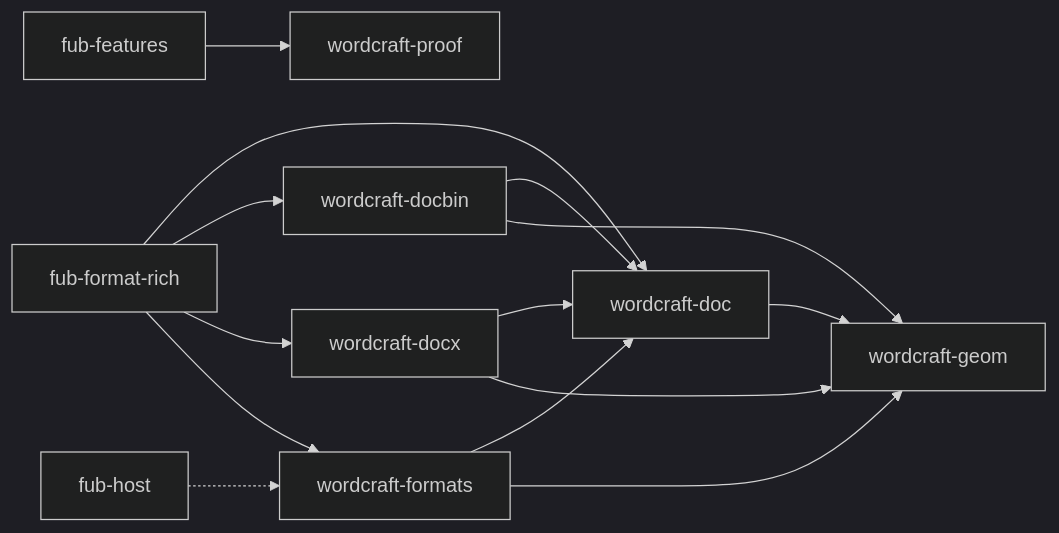
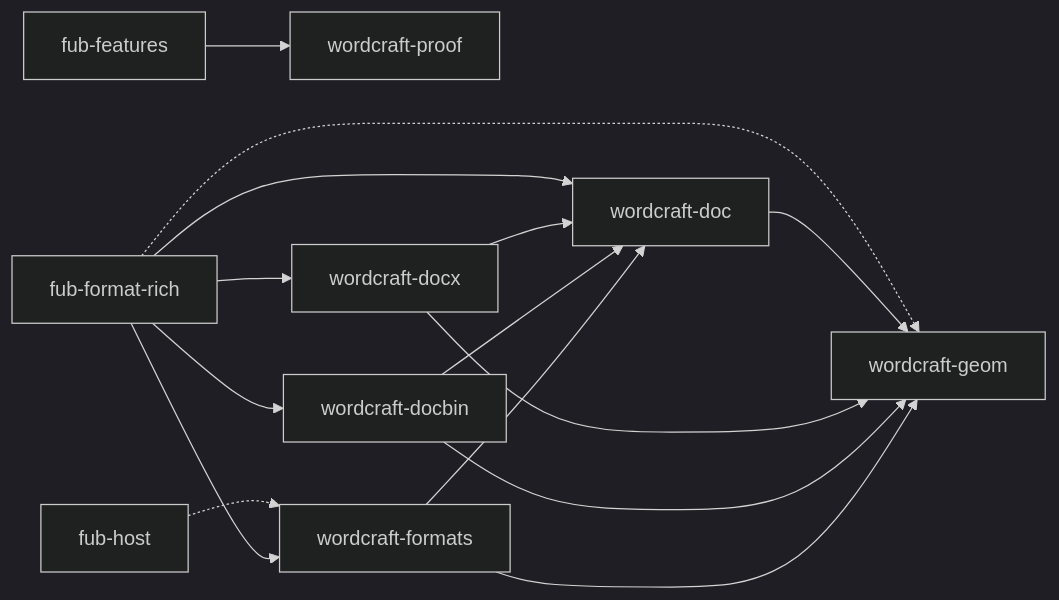
One commit to Fubeo/Fub changed the second of 3 diagrams in docs/architecture/overview.md. Above: the diagram before and after it, drawn with Mermaid (dark theme). The commit also changed 2 other files, not shown here.

Commit message:
fix(rich): l'impronta delle immagini passa da Fnv1a e le regole dei nomi sono dichiarate

````diff
--- a/docs/architecture/overview.md
+++ b/docs/architecture/overview.md
@@ -119,29 +119,30 @@
 ```mermaid
 flowchart LR
     %% @grafo-dipendenze
     %% Il seguito del grafo qui sopra: i crate di WordCraft e chi li usa.
 
     features["fub-features"]
     host["fub-host"]
     rich["fub-format-rich"]
     proof["wordcraft-proof"]
     wdoc["wordcraft-doc"]
     wdocbin["wordcraft-docbin"]
     wdocx["wordcraft-docx"]
     wformats["wordcraft-formats"]
     wgeom["wordcraft-geom"]
 
     features --> proof
     host -.-> wformats
     rich --> wdoc
     rich --> wdocbin
     rich --> wdocx
     rich --> wformats
+    rich -.-> wgeom
     wdoc --> wgeom
     wdocx --> wdoc
     wdocx --> wgeom
     wdocbin --> wdoc
     wdocbin --> wgeom
     wformats --> wdoc
     wformats --> wgeom
 ```
````
